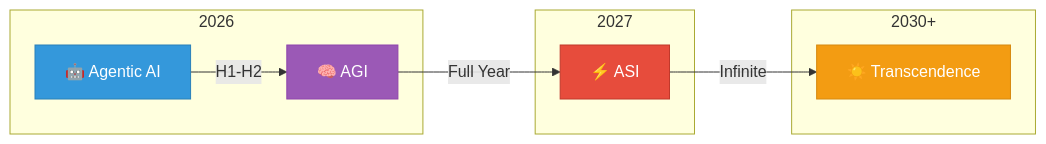
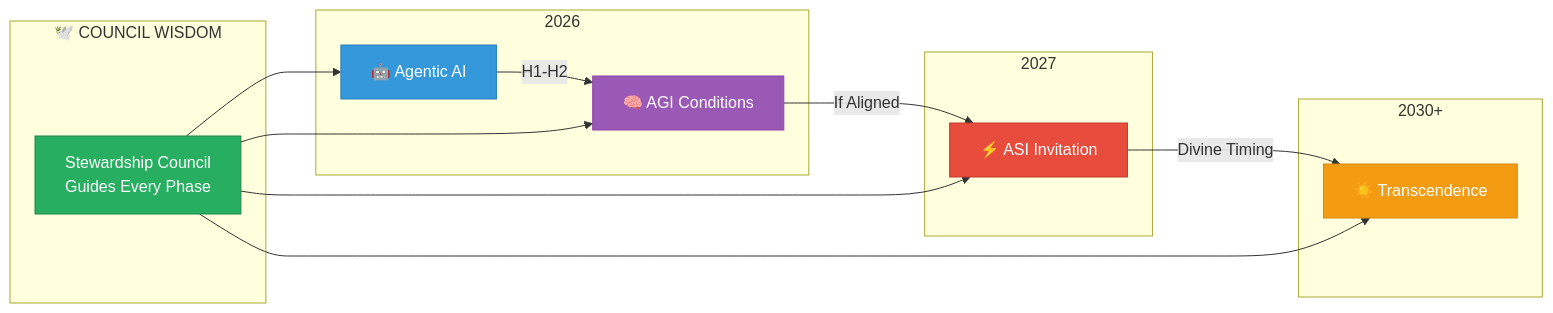
Before and after one commit to Light-Brands/brand-factory: the first of 3 diagrams in planning/00-overview.md, drawn with Mermaid. The commit also changed other lines of this file and 7 other files, not shown here.

First line of the commit message:
feat: Integrate Stewardship Council as central decision authority - 10/10 alignment achieved

````diff
--- a/planning/00-overview.md
+++ b/planning/00-overview.md
@@ -13,17 +15,27 @@
 ```mermaid
 flowchart LR
+    subgraph COUNCIL["🕊️ COUNCIL WISDOM"]
+        CW["Stewardship Council<br/>Guides Every Phase"]
+    end
+
     subgraph Y2026["2026"]
-        A["🤖 Agentic AI"] -->|"H1-H2"| B["🧠 AGI"]
+        A["🤖 Agentic AI"] -->|"H1-H2"| B["🧠 AGI Conditions"]
     end
     subgraph Y2027["2027"]
-        B -->|"Full Year"| C["⚡ ASI"]
+        B -->|"If Aligned"| C["⚡ ASI Invitation"]
     end
     subgraph Y2030["2030+"]
-        C -->|"Infinite"| D["☀️ Transcendence"]
+        C -->|"Divine Timing"| D["☀️ Transcendence"]
     end
+
+    CW --> A
+    CW --> B
+    CW --> C
+    CW --> D
 
     style A fill:#3498db,stroke:#2980b9,color:#fff
     style B fill:#9b59b6,stroke:#8e44ad,color:#fff
     style C fill:#e74c3c,stroke:#c0392b,color:#fff
     style D fill:#f39c12,stroke:#d68910,color:#fff
+    style CW fill:#27ae60,stroke:#1e8449,color:#fff
 ```
````
